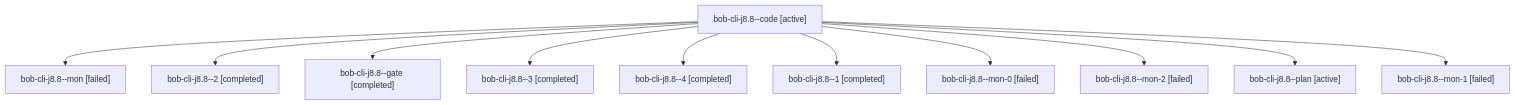
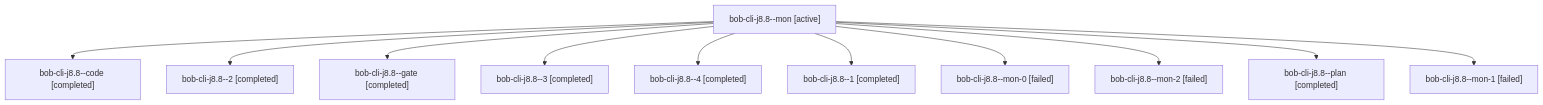
The diagram in sessions/bbugyi200.apollo.bob-cli-j8.8.md (bobs-org/bob-cli--agents), drawn with Mermaid before and after one commit. The commit also changed other lines of this file and 109 other files, not shown here.

````diff
--- a/sessions/bbugyi200.apollo.bob-cli-j8.8.md
+++ b/sessions/bbugyi200.apollo.bob-cli-j8.8.md
@@ -9,24 +9,24 @@
 ```mermaid
 flowchart TD
-  n0["bob-cli-j8.8--code [active]"]
-  n1["bob-cli-j8.8--mon [failed]"]
+  n0["bob-cli-j8.8--mon [active]"]
+  n1["bob-cli-j8.8--code [completed]"]
   n0 --> n1
   n2["bob-cli-j8.8--2 [completed]"]
   n0 --> n2
   n3["bob-cli-j8.8--gate [completed]"]
   n0 --> n3
   n4["bob-cli-j8.8--3 [completed]"]
   n0 --> n4
   n5["bob-cli-j8.8--4 [completed]"]
   n0 --> n5
   n6["bob-cli-j8.8--1 [completed]"]
   n0 --> n6
   n7["bob-cli-j8.8--mon-0 [failed]"]
   n0 --> n7
   n8["bob-cli-j8.8--mon-2 [failed]"]
   n0 --> n8
-  n9["bob-cli-j8.8--plan [active]"]
+  n9["bob-cli-j8.8--plan [completed]"]
   n0 --> n9
   n10["bob-cli-j8.8--mon-1 [failed]"]
   n0 --> n10
 ```
````
